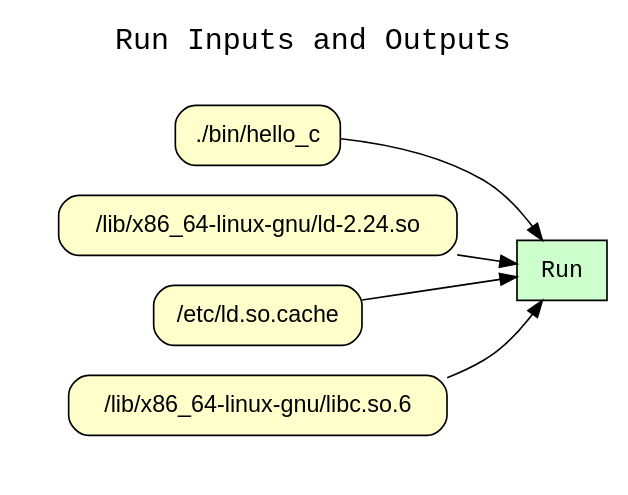
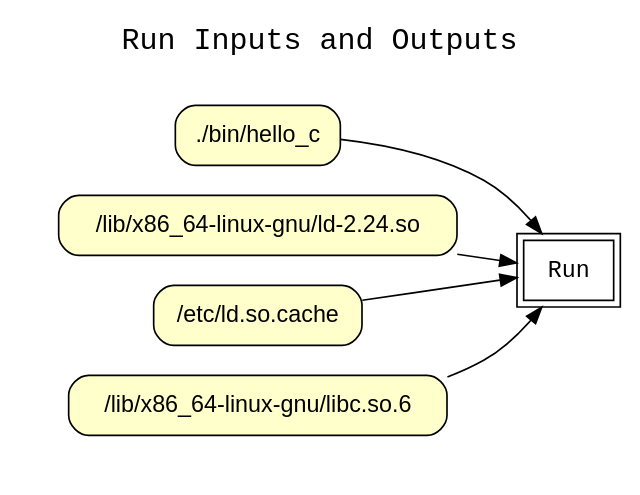
One commit to CIRSS/cpr changed the diagram in examples/03-hello-c/graphs/wt_run_inputs_outputs.dot. Above: the diagram before and after it, drawn with Graphviz. The commit also changed 15 other files, not shown here.

Commit message:
Clean up graph script and change run node style.

```diff
--- a/examples/03-hello-c/graphs/wt_run_inputs_outputs.dot
+++ b/examples/03-hello-c/graphs/wt_run_inputs_outputs.dot
@@ -1,24 +1,24 @@
 
 digraph wt_run {
 rankdir=LR
 fontname=Courier; fontsize=18; labelloc=t
 label="Run Inputs and Outputs"
-node[shape=box style="filled" fillcolor="#CCFFCC" peripheries=1 fontname=Courier]
+node[shape=box style="filled" fillcolor="#FFFFFF" peripheries=2 fontname=Courier]
 "Run"
-subgraph cluster_inputs { label=""; color=white; penwidth=2
+subgraph cluster_inputs { label=""; color=white; penwidth=0
 subgraph cluster_inputs_inner { label=""; color=white
 node[shape=box style="rounded,filled" fillcolor="#FFFFCC" peripheries=1 fontname=Helvetica]
 "input:./bin/hello_c" [label="./bin/hello_c"]
 "input:/lib/x86_64-linux-gnu/ld-2.24.so" [label="/lib/x86_64-linux-gnu/ld-2.24.so"]
 "input:/etc/ld.so.cache" [label="/etc/ld.so.cache"]
 "input:/lib/x86_64-linux-gnu/libc.so.6" [label="/lib/x86_64-linux-gnu/libc.so.6"]
 }}
-subgraph cluster_outputs { label=""; color=white; penwidth=2
+subgraph cluster_outputs { label=""; color=white; penwidth=0
 subgraph cluster_outputs_inner { label=""; color=white
 node[shape=box style="rounded,filled" fillcolor="#FFFFCC" peripheries=1 fontname=Helvetica]
 }}
 "input:./bin/hello_c" -> "Run"
 "input:/lib/x86_64-linux-gnu/ld-2.24.so" -> "Run"
 "input:/etc/ld.so.cache" -> "Run"
 "input:/lib/x86_64-linux-gnu/libc.so.6" -> "Run"
 }
```
